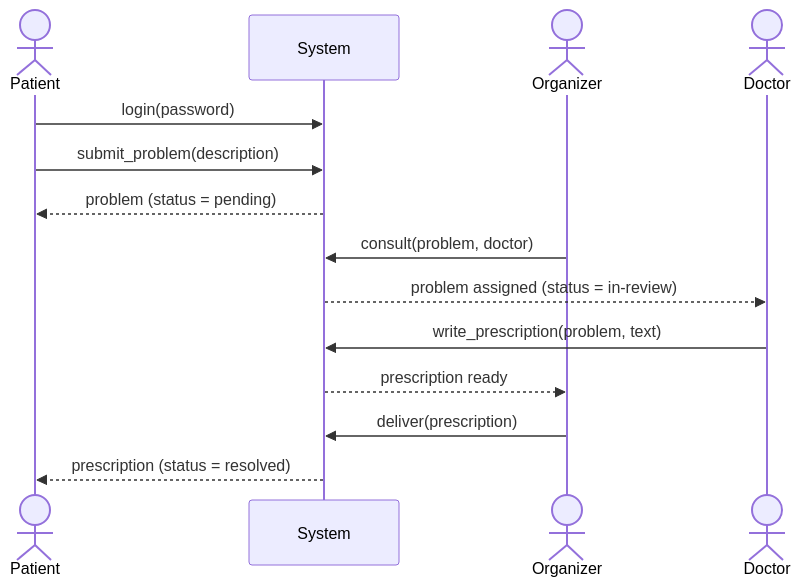
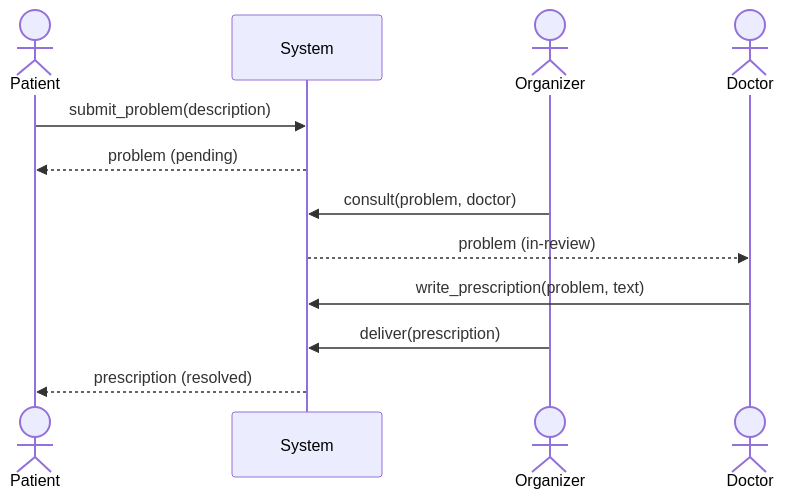
Before and after one commit to mathislepoutre1/oop-python-exercises: the sixth of 7 diagrams in 04-uml/hospital/README.md, drawn with Mermaid. The commit also changed other lines of this file and 8 other files, not shown here.

````diff
--- a/04-uml/hospital/README.md
+++ b/04-uml/hospital/README.md
@@ -241,16 +216,14 @@
 ```mermaid
 sequenceDiagram
     actor P as Patient
     participant S as System
     actor O as Organizer
     actor D as Doctor
-    P->>S: login(password)
     P->>S: submit_problem(description)
-    S-->>P: problem (status = pending)
+    S-->>P: problem (pending)
     O->>S: consult(problem, doctor)
-    S-->>D: problem assigned (status = in-review)
+    S-->>D: problem (in-review)
     D->>S: write_prescription(problem, text)
-    S-->>O: prescription ready
     O->>S: deliver(prescription)
-    S-->>P: prescription (status = resolved)
+    S-->>P: prescription (resolved)
 ```
````
